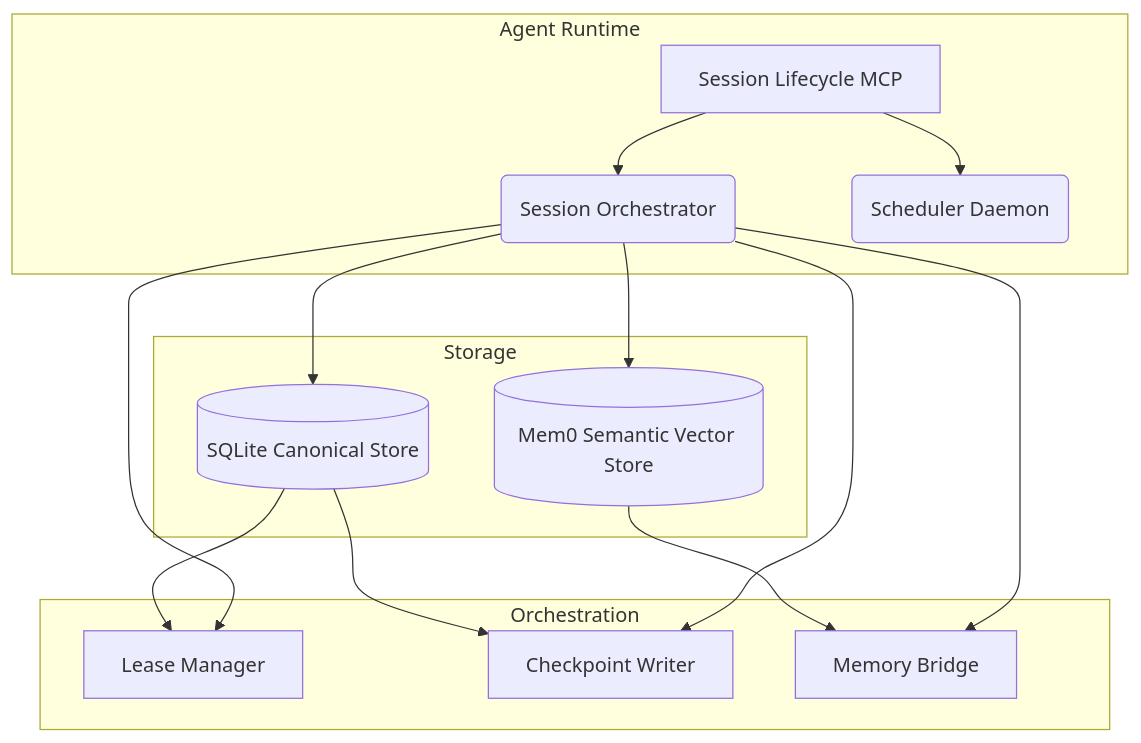
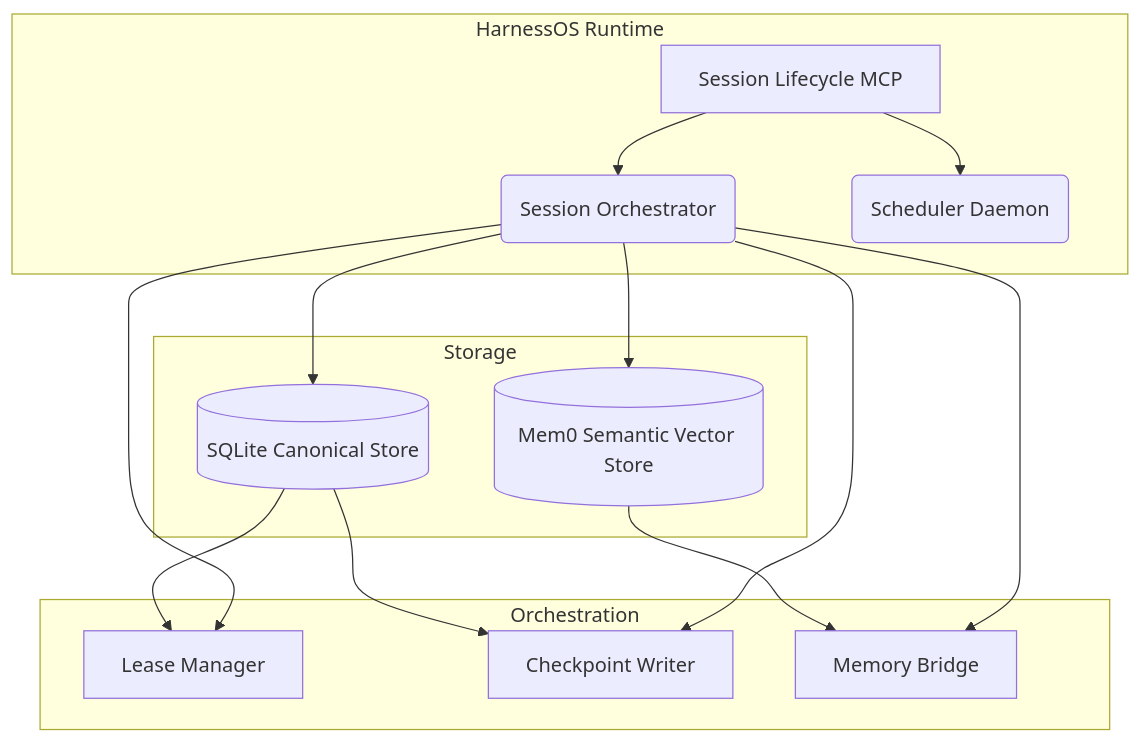
Before and after one commit to giulio-leone/harness-os: the diagram in docs/architecture.md, drawn with Mermaid. The commit also changed other lines of this file and 6 other files, not shown here.

````diff
--- a/docs/architecture.md
+++ b/docs/architecture.md
@@ -14,22 +25,22 @@
 ```mermaid
 graph TD
-    subgraph Agent Runtime
+    subgraph HarnessOS Runtime
         A[Session Lifecycle MCP] --> B(Session Orchestrator)
         A --> C(Scheduler Daemon)
     end
     
     subgraph Storage
         B --> D[(SQLite Canonical Store)]
         B --> E[(Mem0 Semantic Vector Store)]
     end
     
     subgraph Orchestration
         D --> F[Lease Manager]
         D --> G[Checkpoint Writer]
         E --> H[Memory Bridge]
     end
     
     B --> F
     B --> G
     B --> H
 ```
````
